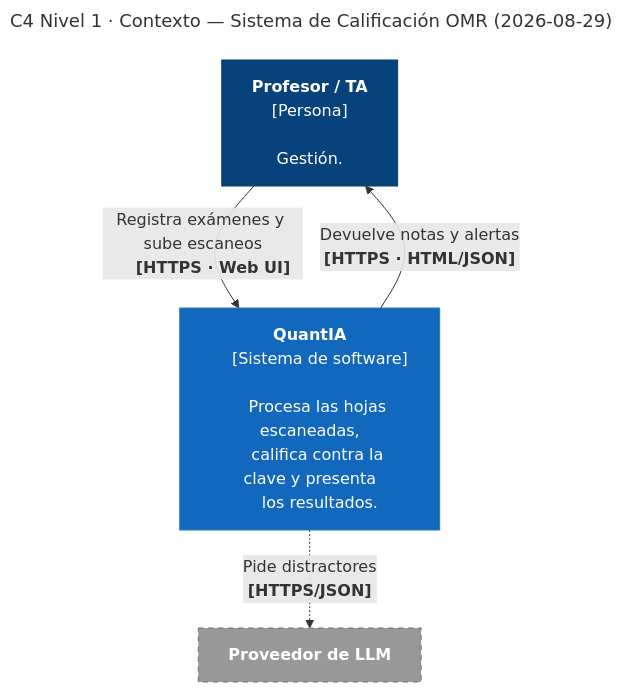
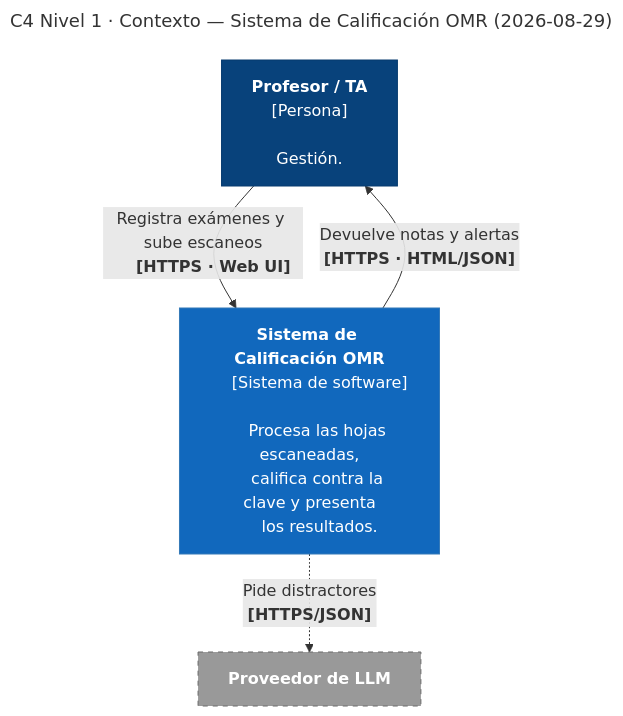
Before and after one commit to ISCOUTB/AS_202620_Sistema-de-calificacion-automatica: the first of 2 diagrams in docs/c4/doc-c4.md, drawn with Mermaid. The commit also changed other lines of this file and 21 other files, not shown here.

````diff
--- a/docs/c4/doc-c4.md
+++ b/docs/c4/doc-c4.md
@@ -28,35 +28,35 @@
 ```mermaid
 ---
 title: "C4 Nivel 1 · Contexto — Sistema de Calificación OMR (2026-08-29)"
 ---
 flowchart TB
     profesor["<b>Profesor / TA</b>
     [Persona]
 
     Gestión."]
 
-    sistema["<b>QuantIA</b>
+    sistema["<b>Sistema de Calificación OMR</b>
     [Sistema de software]
 
     Procesa las hojas escaneadas,
     califica contra la clave y presenta
     los resultados."]
 
     llm["<b>Proveedor de LLM</b>
     "]
 
     profesor -->|"Registra exámenes y sube escaneos
     <b>[HTTPS · Web UI]</b>"| sistema
     sistema -->|"Devuelve notas y alertas
     <b>[HTTPS · HTML/JSON]</b>"| profesor
     sistema -.->|"Pide distractores
     <b>[HTTPS/JSON]</b>"| llm
 
     classDef person fill:#08427B,stroke:#073B6F,color:#ffffff
     classDef system fill:#1168BD,stroke:#3379B7,color:#ffffff
     classDef external fill:#999999,stroke:#6B6B6B,color:#ffffff,stroke-dasharray: 5 5
 
     class profesor person
     class sistema system
     class llm external
 ```
````
